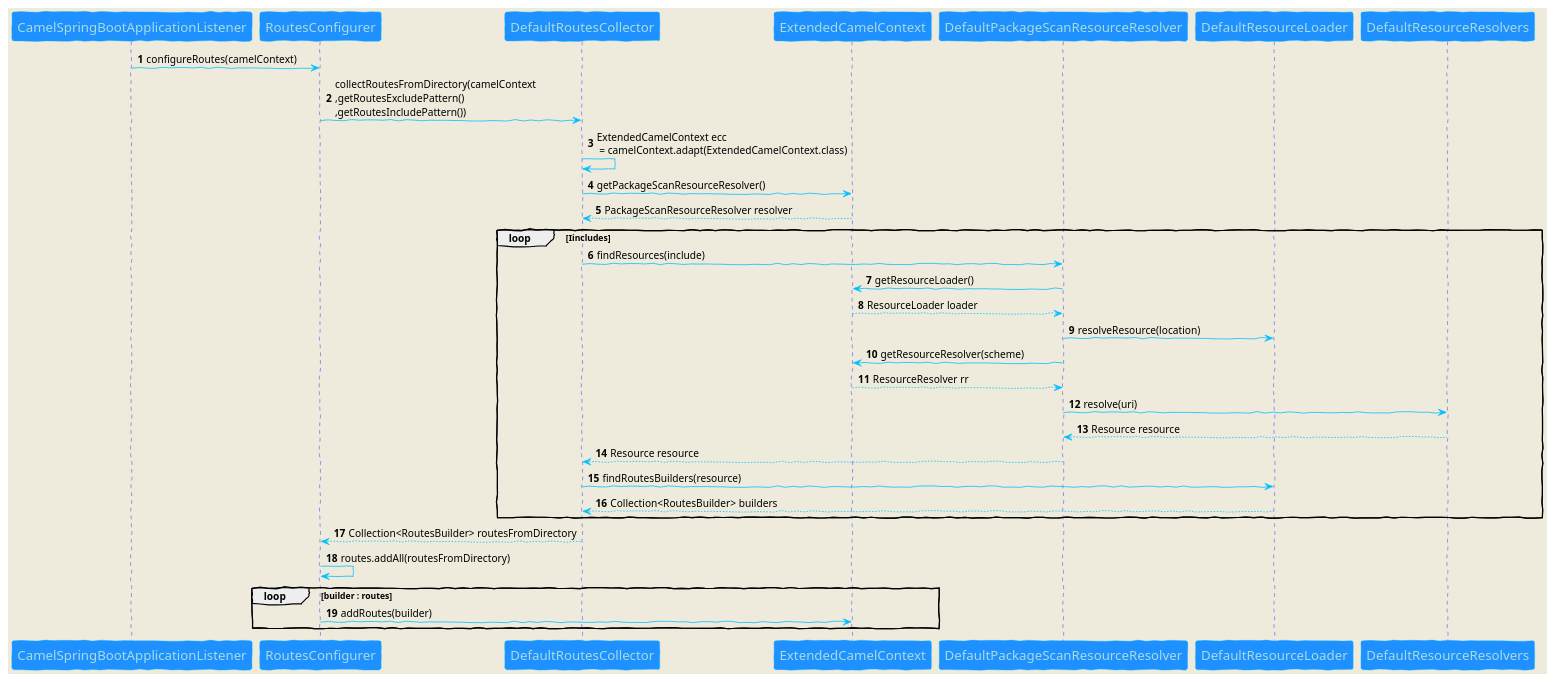
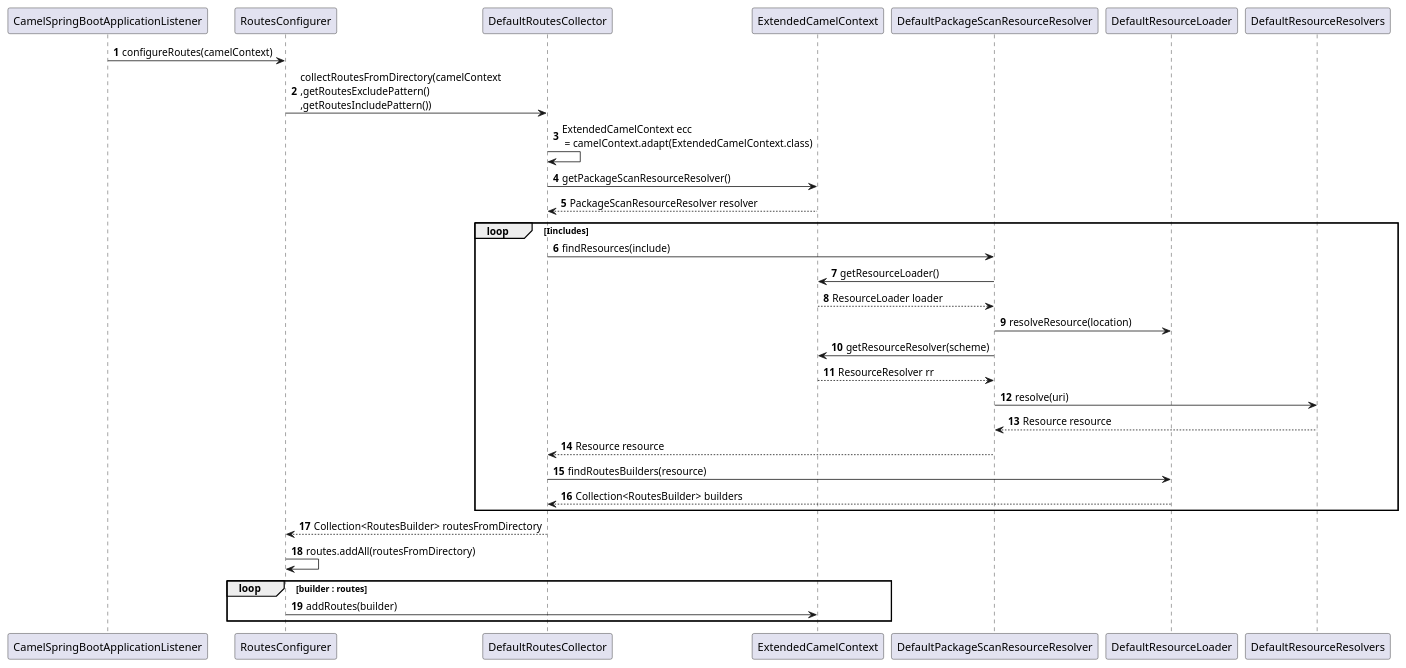
One commit to mujidd/integration-platform-camel changed the diagram in src/main/resources/CamelRoutsCollector.puml. Above: the diagram before and after it, drawn with PlantUML. The commit also changed 16 other files, not shown here.

```diff
--- a/src/main/resources/CamelRoutsCollector.puml
+++ b/src/main/resources/CamelRoutsCollector.puml
@@ -1,49 +1,49 @@
 @startuml
 'https://plantuml.com/sequence-diagram
-skinparam backgroundColor #EEEBDC
-skinparam handwritten true
+'skinparam backgroundColor #EEEBDC
+'skinparam handwritten true
 
 skinparam sequence {
-ArrowColor DeepSkyBlue
-ActorBorderColor DeepSkyBlue
-LifeLineBorderColor blue
-LifeLineBackgroundColor #A9DCDF
-
-ParticipantBorderColor DeepSkyBlue
-ParticipantBackgroundColor DodgerBlue
-ParticipantFontName Impact
-ParticipantFontSize 17
-ParticipantFontColor #A9DCDF
-
-ActorBackgroundColor aqua
-ActorFontColor DeepSkyBlue
-ActorFontSize 17
-ActorFontName Aapex
+'ArrowColor DeepSkyBlue
+'ActorBorderColor DeepSkyBlue
+'LifeLineBorderColor blue
+'LifeLineBackgroundColor #A9DCDF
+'
+'ParticipantBorderColor DeepSkyBlue
+'ParticipantBackgroundColor DodgerBlue
+'ParticipantFontName Impact
+'ParticipantFontSize 17
+'ParticipantFontColor #A9DCDF
+'
+'ActorBackgroundColor aqua
+'ActorFontColor DeepSkyBlue
+'ActorFontSize 17
+'ActorFontName Aapex
 }
 
 autonumber
 
 CamelSpringBootApplicationListener -> RoutesConfigurer: configureRoutes(camelContext)
 RoutesConfigurer -> DefaultRoutesCollector: collectRoutesFromDirectory(camelContext\n,getRoutesExcludePattern()\n,getRoutesIncludePattern())
 DefaultRoutesCollector -> DefaultRoutesCollector: ExtendedCamelContext ecc\n = camelContext.adapt(ExtendedCamelContext.class)
 DefaultRoutesCollector -> ExtendedCamelContext: getPackageScanResourceResolver()
 DefaultRoutesCollector <-- ExtendedCamelContext: PackageScanResourceResolver resolver
 loop Iincludes
 DefaultRoutesCollector -> DefaultPackageScanResourceResolver: findResources(include)
 DefaultPackageScanResourceResolver -> ExtendedCamelContext: getResourceLoader()
 DefaultPackageScanResourceResolver <-- ExtendedCamelContext: ResourceLoader loader
 DefaultPackageScanResourceResolver -> DefaultResourceLoader: resolveResource(location)
 DefaultPackageScanResourceResolver -> ExtendedCamelContext: getResourceResolver(scheme)
 DefaultPackageScanResourceResolver <-- ExtendedCamelContext: ResourceResolver rr
 DefaultPackageScanResourceResolver -> DefaultResourceResolvers:resolve(uri)
 DefaultPackageScanResourceResolver <-- DefaultResourceResolvers:Resource resource
 DefaultRoutesCollector <-- DefaultPackageScanResourceResolver: Resource resource
 DefaultRoutesCollector -> DefaultResourceLoader: findRoutesBuilders(resource)
 DefaultRoutesCollector <-- DefaultResourceLoader: Collection<RoutesBuilder> builders
 end
 RoutesConfigurer <-- DefaultRoutesCollector: Collection<RoutesBuilder> routesFromDirectory
 RoutesConfigurer -> RoutesConfigurer: routes.addAll(routesFromDirectory)
 loop builder : routes
 RoutesConfigurer -> ExtendedCamelContext: addRoutes(builder)
 end
 @enduml
```
